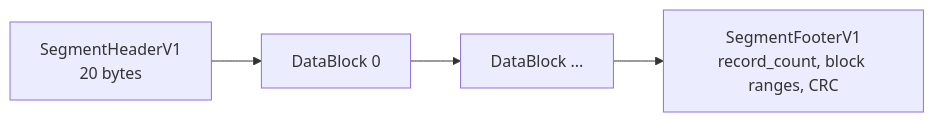
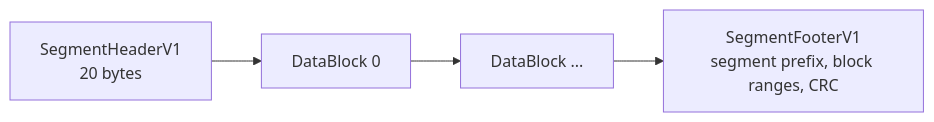
The third of 7 diagrams in crates/segment-cache-store/docs/design.md (wangl-cc/evo-ssa-tools), drawn with Mermaid before and after one commit. The commit also changed other lines of this file and 38 other files, not shown here.

````diff
--- a/crates/segment-cache-store/docs/design.md
+++ b/crates/segment-cache-store/docs/design.md
@@ -275,6 +275,6 @@
 ```mermaid
 flowchart LR
   Header["SegmentHeaderV1<br/>20 bytes"] --> Block0["DataBlock 0"]
   Block0 --> BlockN["DataBlock ..."]
-  BlockN --> Footer["SegmentFooterV1<br/>record_count, block ranges, CRC"]
+  BlockN --> Footer["SegmentFooterV1<br/>segment prefix, block ranges, CRC"]
 ```
````
